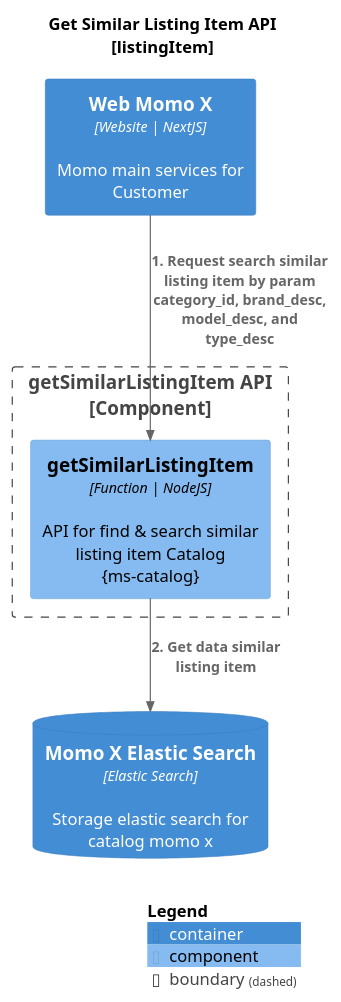
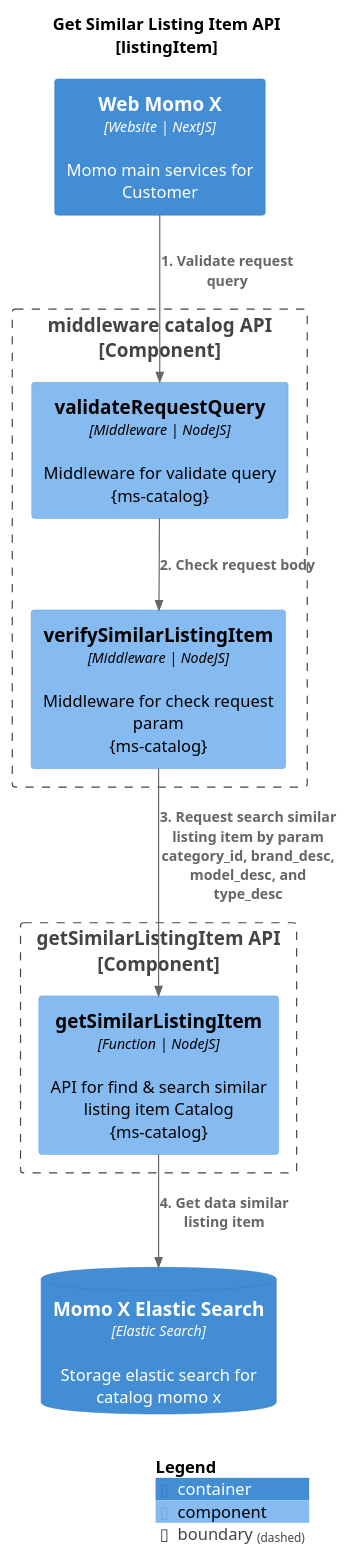
The diagram in MomoX/ms-catalog/listingItem/getSimilarListingItem.puml (JoshAndreas/Project-C4-Diagram), drawn with PlantUML before and after one commit. The commit also changed 52 other files, not shown here.

Commit message:
New C4 Diagram File for Auto X

```diff
--- a/MomoX/ms-catalog/listingItem/getSimilarListingItem.puml
+++ b/MomoX/ms-catalog/listingItem/getSimilarListingItem.puml
@@ -1,23 +1,32 @@
 @startuml
 !include https://raw.githubusercontent.com/plantuml-stdlib/C4-PlantUML/master/C4_Component.puml
 
 
 LAYOUT_WITH_LEGEND()
 title Get Similar Listing Item API\n[listingItem]
 
     Container(web_momo_x, "Web Momo X", "Website | NextJS", "Momo main services for Customer")
+
+    Boundary(middleware, "middleware catalog API\n[Component]"){
+
+        Component(validate_query, "validateRequestQuery", "Middleware | NodeJS", "Middleware for validate query\n{ms-catalog}")
+        Component(catalog_middleware, "verifySimilarListingItem", "Middleware | NodeJS", "Middleware for check request param\n{ms-catalog}")
+
+    }
     
     Boundary(api, "getSimilarListingItem API\n[Component]"){
 
         Component(getSimilarListingItem, "getSimilarListingItem", "Function | NodeJS", "API for find & search similar listing item Catalog \n{ms-catalog}")
 
     }
     ContainerDb(momo_x_elasticsearch, "Momo X Elastic Search", "Elastic Search", "Storage elastic search for catalog momo x")
 
 
-Rel_D(web_momo_x, getSimilarListingItem, "1. Request search similar listing item by param category_id, brand_desc, model_desc, and type_desc")
-Rel_D(getSimilarListingItem, momo_x_elasticsearch, "2. Get data similar listing item")
+Rel_D(web_momo_x, validate_query, "1. Validate request query")
+Rel_D(validate_query, catalog_middleware, "2. Check request body")
+Rel_D(catalog_middleware, getSimilarListingItem, "3. Request search similar listing item by param category_id, brand_desc, model_desc, and type_desc")
+Rel_D(getSimilarListingItem, momo_x_elasticsearch, "4. Get data similar listing item")
 
 
 SHOW_LEGEND()
 @enduml
```
